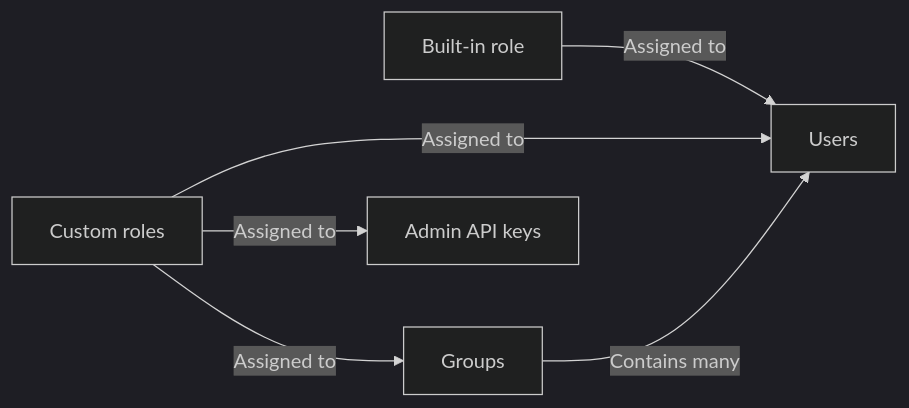
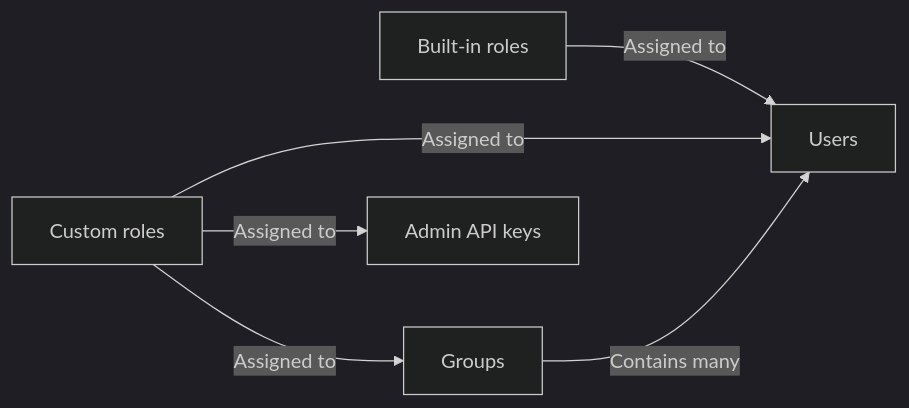
The diagram in docs/docs/administration-and-security/access-control/rbac.md (Flagsmith/flagsmith), drawn with Mermaid (dark theme) before and after one commit.

Commit message:
docs: use plural in diagram

````diff
--- a/docs/docs/administration-and-security/access-control/rbac.md
+++ b/docs/docs/administration-and-security/access-control/rbac.md
@@ -32,8 +32,8 @@
 ```mermaid
 graph LR;
     R[Custom roles] -->|Assigned to| G[Groups];
-    B[Built-in role] -->|Assigned to| U[Users];
+    B[Built-in roles] -->|Assigned to| U[Users];
     R -->|Assigned to| U;
     R -->|Assigned to| A[Admin API keys];
     G -->|Contains many| U;
 ```
````
